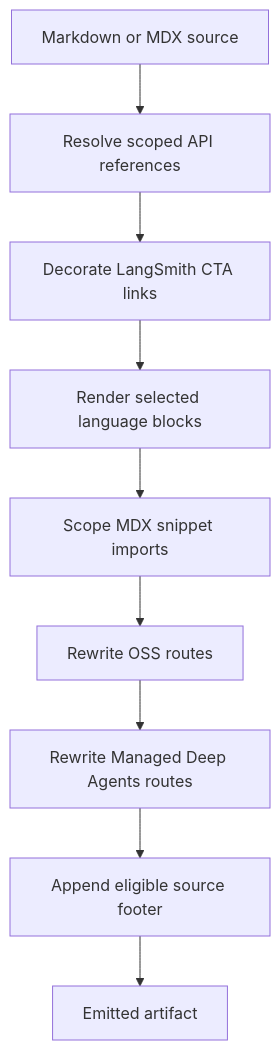
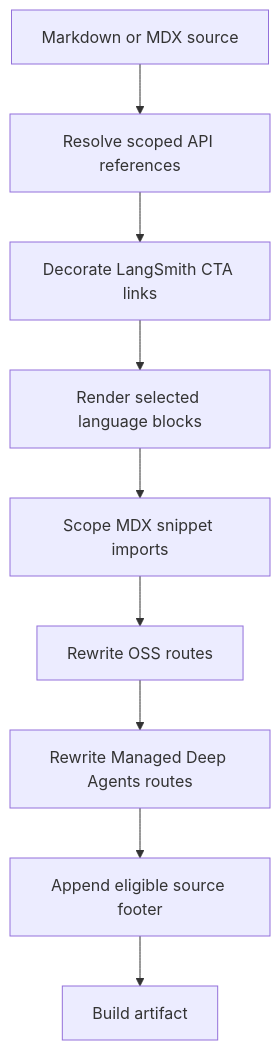
The diagram in openwiki/concepts/preprocessing.md (langchain-ai/docs), drawn with Mermaid before and after one commit. The commit also changed other lines of this file and 32 other files, not shown here.

````diff
--- a/openwiki/concepts/preprocessing.md
+++ b/openwiki/concepts/preprocessing.md
@@ -39,11 +41,11 @@
 ```mermaid
 flowchart TD
     Source["Markdown or MDX source"] --> References["Resolve scoped API references"]
     References --> Cta["Decorate LangSmith CTA links"]
     Cta --> Conditional["Render selected language blocks"]
     Conditional --> Snippets["Scope MDX snippet imports"]
     Snippets --> Oss["Rewrite OSS routes"]
     Oss --> Managed["Rewrite Managed Deep Agents routes"]
     Managed --> Footer["Append eligible source footer"]
-    Footer --> Output["Emitted artifact"]
+    Footer --> Output["Build artifact"]
 ```
````
